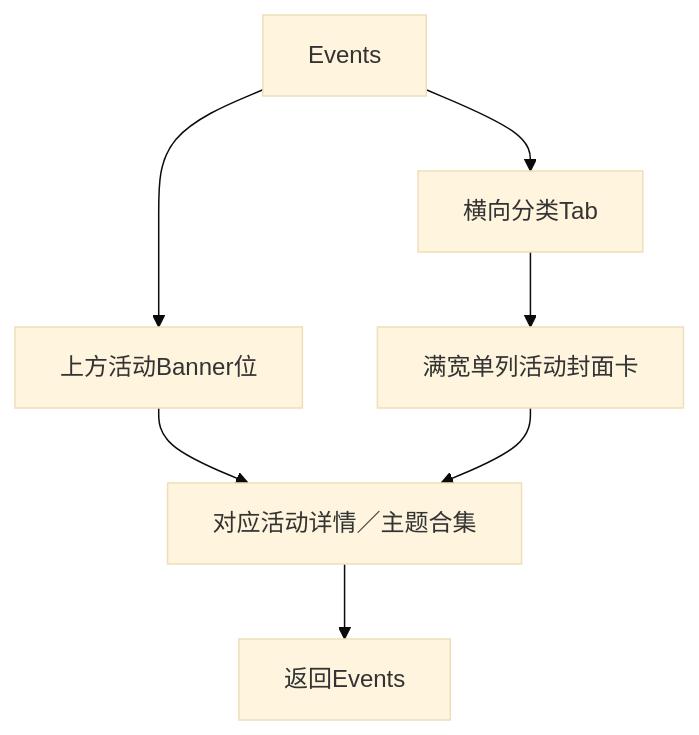
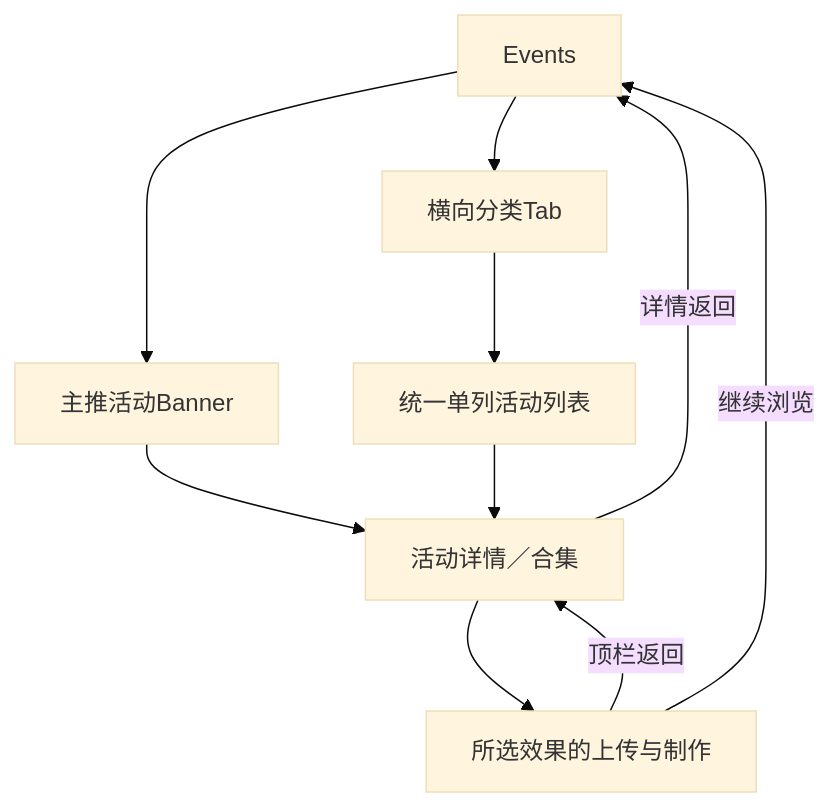
One commit to wsy0021/ai-camera-prototype changed the third of 3 diagrams in new-product/review/docs/01_新产品需求文档_当前整合版.md. Above: the diagram before and after it, drawn with Mermaid (base theme). The commit also changed other lines of this file and 7 other files, not shown here.

````diff
--- a/new-product/review/docs/01_新产品需求文档_当前整合版.md
+++ b/new-product/review/docs/01_新产品需求文档_当前整合版.md
@@ -281,9 +705,12 @@
 ```mermaid
 flowchart TD
-  Events[Events] --> Banner[上方活动Banner位]
-  Events --> Categories[横向分类Tab]
-  Categories --> List[满宽单列活动封面卡]
-  Banner --> Detail[对应活动详情／主题合集]
+  Events[Events] --> Banner[主推活动Banner]
+  Events --> Category[横向分类Tab]
+  Category --> List[统一单列活动列表]
+  Banner --> Detail[活动详情／合集]
   List --> Detail
-  Detail --> Return[返回Events]
+  Detail --> Upload[所选效果的上传与制作]
+  Upload -->|顶栏返回| Detail
+  Detail -->|详情返回| Events
+  Upload -->|继续浏览| Events
 ```
````
